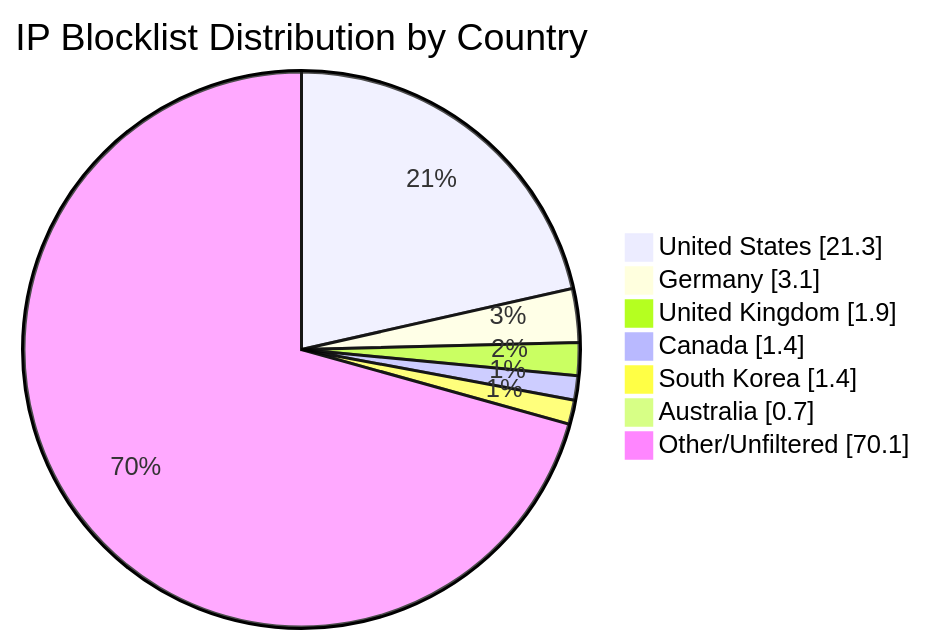
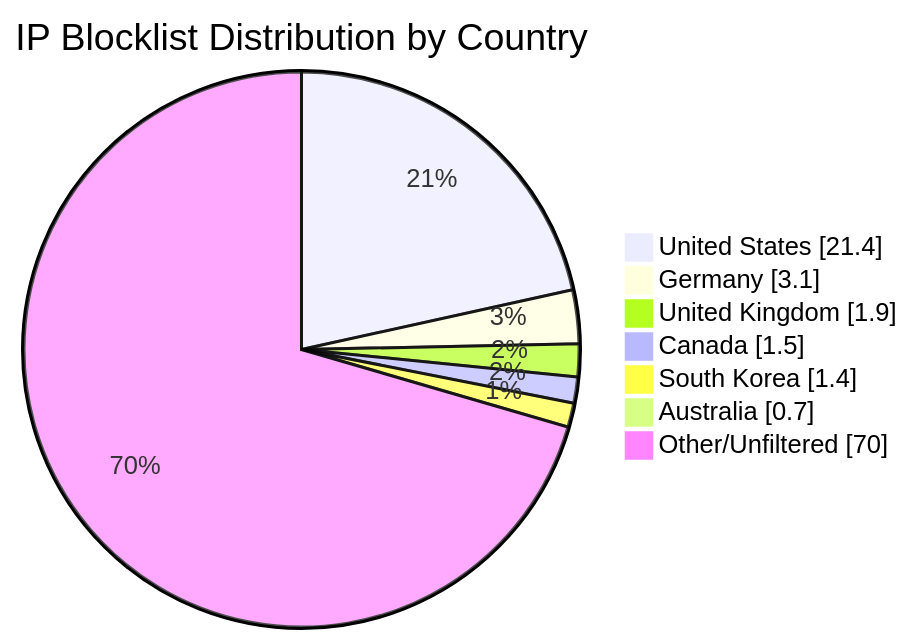
Before and after one commit to MarcusHoltz/ipblocklist-geofiltered-aggregator: the diagram in README.md, drawn with Mermaid. The commit also changed other lines of this file and 9 other files, not shown here.

````diff
--- a/README.md
+++ b/README.md
@@ -34,10 +34,10 @@
 ```mermaid
 pie showData title IP Blocklist Distribution by Country
-"United States" : 21.3
+"United States" : 21.4
 "Germany" : 3.1
 "United Kingdom" : 1.9
-"Canada" : 1.4
+"Canada" : 1.5
 "South Korea" : 1.4
 "Australia" : 0.7
-"Other/Unfiltered" : 70.1
+"Other/Unfiltered" : 70.0
 ```
````
